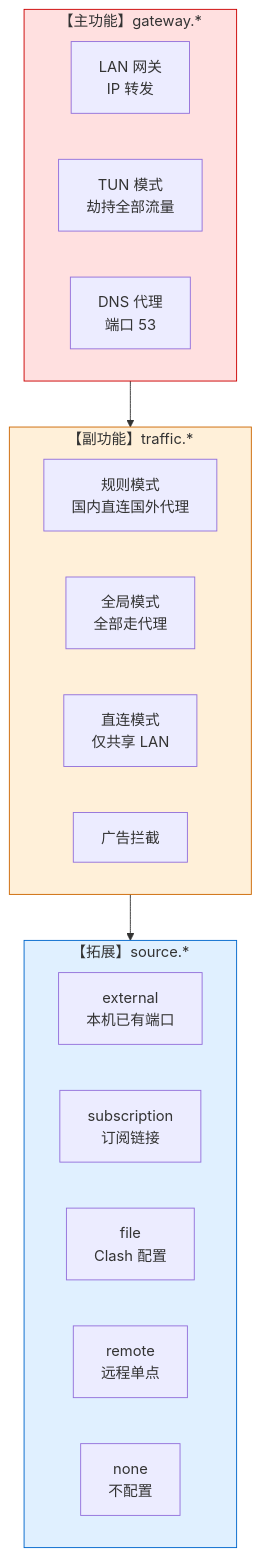
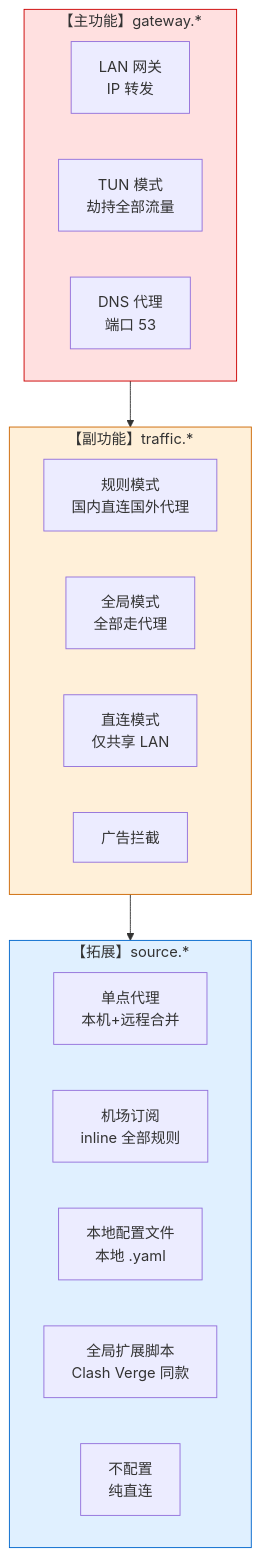
The second of 2 diagrams in README.md (jinzaizhichi/lan-proxy-gateway), drawn with Mermaid before and after one commit. The commit also changed other lines of this file and 1 other file, not shown here.

````diff
--- a/README.md
+++ b/README.md
@@ -82,29 +81,29 @@
 ```mermaid
 flowchart TB
     subgraph L1["【主功能】gateway.*"]
         G1[LAN 网关<br/>IP 转发]
         G2[TUN 模式<br/>劫持全部流量]
         G3[DNS 代理<br/>端口 53]
     end
 
     subgraph L2["【副功能】traffic.*"]
         T1[规则模式<br/>国内直连国外代理]
         T2[全局模式<br/>全部走代理]
         T3[直连模式<br/>仅共享 LAN]
         T4[广告拦截]
     end
 
     subgraph L3["【拓展】source.*"]
-        P1[external<br/>本机已有端口]
-        P2[subscription<br/>订阅链接]
-        P3[file<br/>Clash 配置]
-        P4[remote<br/>远程单点]
-        P5[none<br/>不配置]
+        P1[单点代理<br/>本机+远程合并]
+        P2[机场订阅<br/>inline 全部规则]
+        P3[本地配置文件<br/>本地 .yaml]
+        P4[全局扩展脚本<br/>Clash Verge 同款]
+        P5[不配置<br/>纯直连]
     end
 
     L1 --> L2 --> L3
 
     style L1 fill:#ffe0e0,stroke:#cc0000
     style L2 fill:#fff0d9,stroke:#cc6600
     style L3 fill:#e0f0ff,stroke:#0066cc
 ```
````
